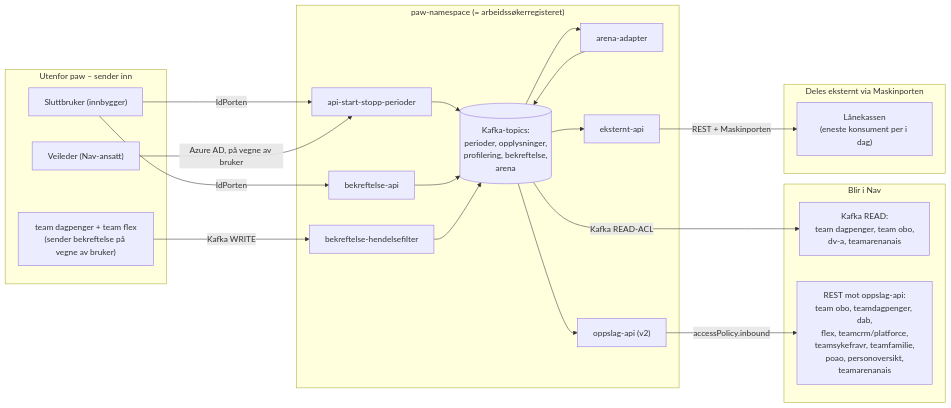
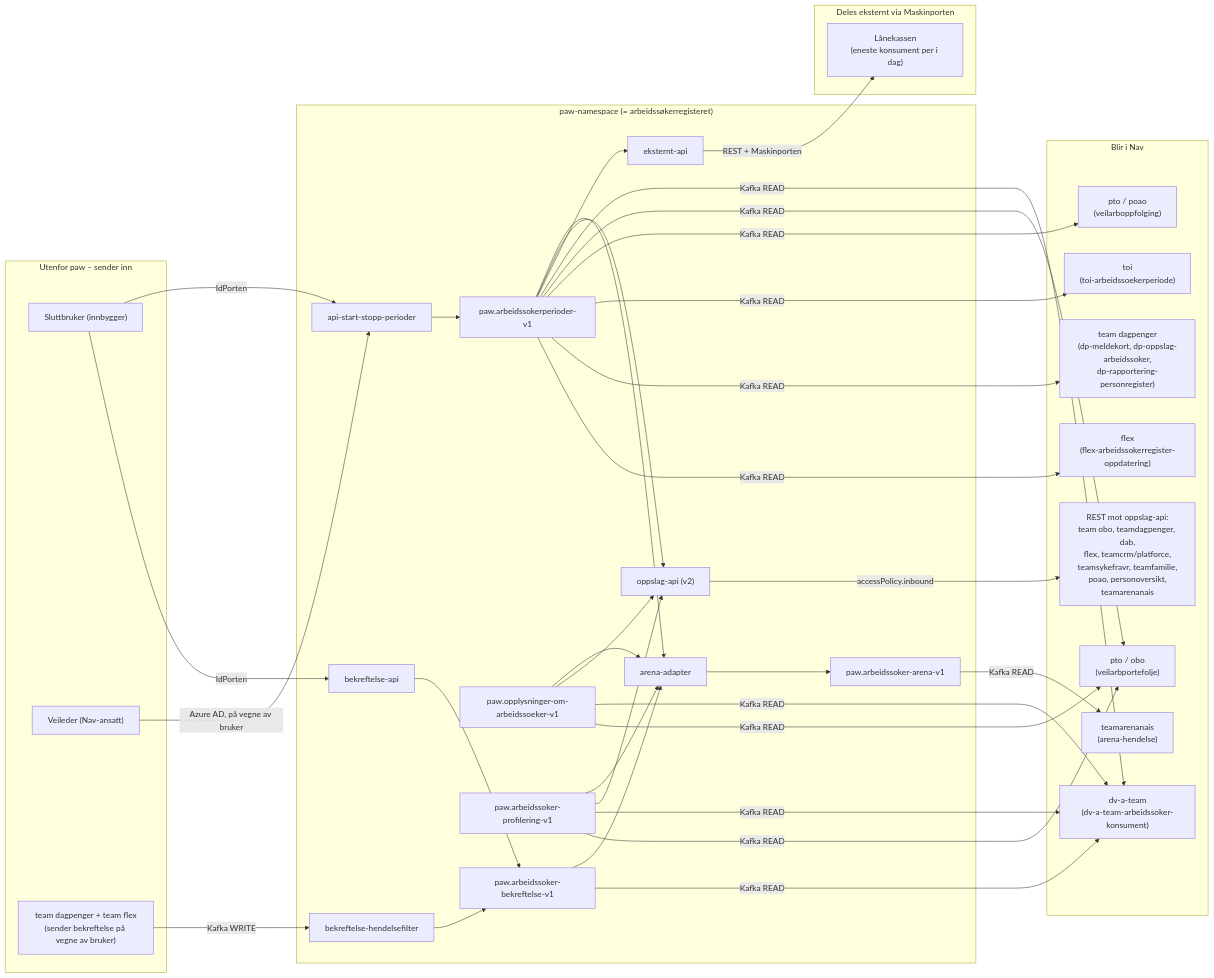
One commit to navikt/paw-arbeidssokerregisteret-api changed the diagram in docs/ytterpunkter.md. Above: the diagram before and after it, drawn with Mermaid. The commit also changed other lines of this file, not shown here.

Commit message:
docs: splitt Kafka-topics og -konsumenter i ytterpunkter.md
- Deler skissen opp per Kafka-topic (perioder, opplysninger, profilering,
  bekreftelse, arena) i stedet for én samlenode.
- Deler opp Kafka-konsumentene per topic, basert på full ACL-gjennomgang
  (get_file_contents fungerte ikke tidligere i sesjonen, så noen
  konsumenter manglet: dv-a-team, pto/obo, pto/poao og toi leser også
  paw.arbeidssokerperioder-v1, og dv-a-team leser i tillegg profilering
  og opplysninger).
- Legger til kort beskrivelse av eksternt-api (kun ett endepunkt).
- Legger til en tabell som oppsummerer innholdet i hvert Kafka-topic,
  med referanse til Avro-schema i dette repoet, inkludert at
  bekreftelsen inneholder svar på om personen har jobbet i perioden.

````diff
--- a/docs/ytterpunkter.md
+++ b/docs/ytterpunkter.md
@@ -24,43 +24,74 @@
 ```mermaid
 flowchart LR
     subgraph inn["Utenfor paw – sender inn"]
         Bruker["Sluttbruker (innbygger)"]
         Veileder["Veileder (Nav-ansatt)"]
         PaaVegneAvInn["team dagpenger + team flex\n(sender bekreftelse på vegne av bruker)"]
     end
 
     subgraph paw["paw-namespace (= arbeidssøkerregisteret)"]
         Inngang["api-start-stopp-perioder"]
         BekreftelseApi["bekreftelse-api"]
         Hendelsefilter["bekreftelse-hendelsefilter"]
         ArenaAdapter["arena-adapter"]
         EksterntApi["eksternt-api"]
         OppslagApi["oppslag-api (v2)"]
-        Topics[("Kafka-topics:\nperioder, opplysninger,\nprofilering, bekreftelse,\narena")]
+        PerioderTopic["paw.arbeidssokerperioder-v1"]
+        OpplysningerTopic["paw.opplysninger-om-arbeidssoeker-v1"]
+        ProfileringTopic["paw.arbeidssoker-profilering-v1"]
+        BekreftelseTopic["paw.arbeidssoker-bekreftelse-v1"]
+        ArenaTopic["paw.arbeidssoker-arena-v1"]
     end
 
     subgraph nav_ut["Blir i Nav"]
-        KafkaKonsumenter["Kafka READ:\nteam dagpenger, team obo,\ndv-a, teamarenanais"]
+        DvaKafka["dv-a-team\n(dv-a-team-arbeidssoker-konsument)"]
+        PortefoljeKafka["pto / obo\n(veilarbportefolje)"]
+        OppfolgingKafka["pto / poao\n(veilarboppfolging)"]
+        ToiKafka["toi\n(toi-arbeidssoekerperiode)"]
+        DagpengerKafka["team dagpenger\n(dp-meldekort, dp-oppslag-arbeidssoker,\ndp-rapportering-personregister)"]
+        FlexKafka["flex\n(flex-arbeidssokerregister-oppdatering)"]
+        ArenaKafka["teamarenanais\n(arena-hendelse)"]
         RestKonsumenter["REST mot oppslag-api:\nteam obo, teamdagpenger, dab,\nflex, teamcrm/platforce,\nteamsykefravr, teamfamilie,\npoao, personoversikt,\nteamarenanais"]
     end
 
     subgraph maskinporten_ut["Deles eksternt via Maskinporten"]
         Lanekassen["Lånekassen\n(eneste konsument per i dag)"]
     end
 
     Bruker -- "IdPorten" --> Inngang
     Bruker -- "IdPorten" --> BekreftelseApi
     Veileder -- "Azure AD, på vegne av bruker" --> Inngang
     PaaVegneAvInn -- "Kafka WRITE" --> Hendelsefilter
 
-    Inngang --> Topics
-    BekreftelseApi --> Topics
-    Hendelsefilter --> Topics
-    Topics --> ArenaAdapter --> Topics
-    Topics --> OppslagApi
-    Topics --> EksterntApi
+    Inngang --> PerioderTopic
+    BekreftelseApi --> BekreftelseTopic
+    Hendelsefilter --> BekreftelseTopic
 
-    Topics -- "Kafka READ-ACL" --> KafkaKonsumenter
+    PerioderTopic --> ArenaAdapter
+    ProfileringTopic --> ArenaAdapter
+    OpplysningerTopic --> ArenaAdapter
+    BekreftelseTopic --> ArenaAdapter
+    ArenaAdapter --> ArenaTopic
+
+    PerioderTopic --> OppslagApi
+    ProfileringTopic --> OppslagApi
+    OpplysningerTopic --> OppslagApi
+
+    PerioderTopic --> EksterntApi
+
+    PerioderTopic -- "Kafka READ" --> DvaKafka
+    PerioderTopic -- "Kafka READ" --> PortefoljeKafka
+    PerioderTopic -- "Kafka READ" --> OppfolgingKafka
+    PerioderTopic -- "Kafka READ" --> ToiKafka
+    PerioderTopic -- "Kafka READ" --> DagpengerKafka
+    PerioderTopic -- "Kafka READ" --> FlexKafka
+    ProfileringTopic -- "Kafka READ" --> DvaKafka
+    ProfileringTopic -- "Kafka READ" --> PortefoljeKafka
+    OpplysningerTopic -- "Kafka READ" --> DvaKafka
+    OpplysningerTopic -- "Kafka READ" --> PortefoljeKafka
+    BekreftelseTopic -- "Kafka READ" --> DvaKafka
+    ArenaTopic -- "Kafka READ" --> ArenaKafka
+
     OppslagApi -- "accessPolicy.inbound" --> RestKonsumenter
     EksterntApi -- "REST + Maskinporten" --> Lanekassen
 ```
````
